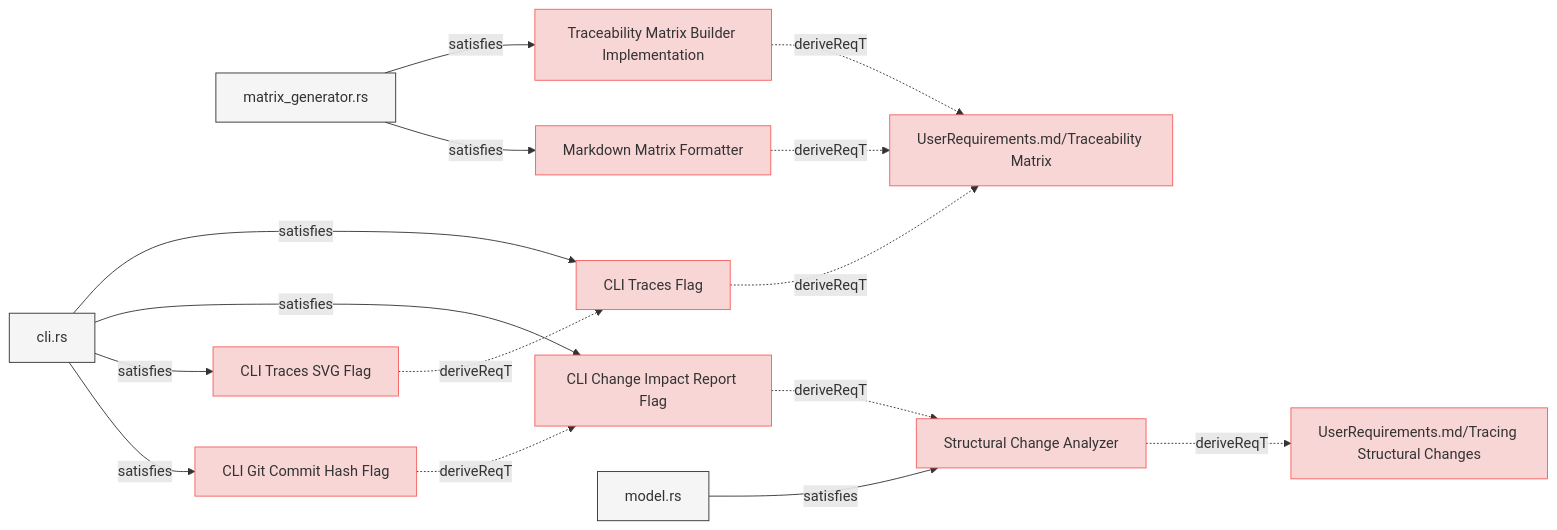
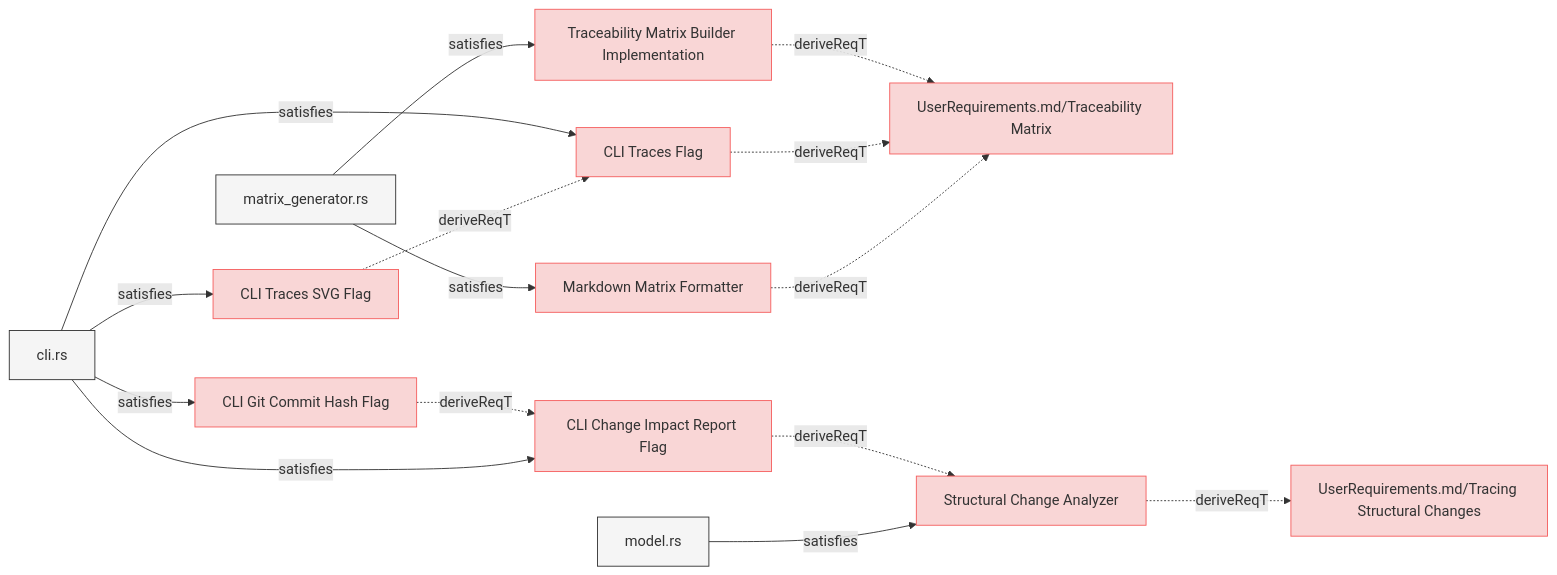
One commit to reqvire-org/reqvire changed the sixth of 8 diagrams in specifications/SystemRequirements/Requirements.md. Above: the diagram before and after it, drawn with Mermaid. The commit also changed other lines of this file and 17 other files, not shown here.

Commit message:
Auto-generate diagrams after PR merge to main

````diff
--- a/specifications/SystemRequirements/Requirements.md
+++ b/specifications/SystemRequirements/Requirements.md
@@ -728,59 +728,59 @@
 ```mermaid
 graph LR;
   %% Graph styling
   classDef requirement fill:#f9d6d6,stroke:#f55f5f,stroke-width:1px;
   classDef verification fill:#d6f9d6,stroke:#5fd75f,stroke-width:1px;
   classDef externalLink fill:#d0e0ff,stroke:#3080ff,stroke-width:1px;
   classDef default fill:#f5f5f5,stroke:#333333,stroke-width:1px;
 
-  5eca866a0338e0fe["Traceability Matrix Builder Implementation"];
-  click 5eca866a0338e0fe "https://github.com/ilijaljubicic/ReqFlow/blob/29a17f176519a28e973567d4102beb95f41075ed/specifications/SystemRequirements/Requirements.md#traceability-matrix-builder-implementation";
-  class 5eca866a0338e0fe requirement;
-  ba40352f8e72c125["UserRequirements.md/Traceability Matrix"];
-  class ba40352f8e72c125 requirement;
-  click ba40352f8e72c125 "https://github.com/ilijaljubicic/ReqFlow/blob/29a17f176519a28e973567d4102beb95f41075ed/specifications/UserRequirements.md#traceability-matrix";
-  5eca866a0338e0fe -.->|deriveReqT| ba40352f8e72c125;
-  48ddeb303b98f1b4["matrix_generator.rs"];
-  class 48ddeb303b98f1b4 default;
-  click 48ddeb303b98f1b4 "https://github.com/ilijaljubicic/ReqFlow/blob/29a17f176519a28e973567d4102beb95f41075ed/core/src/matrix_generator.rs";
-  48ddeb303b98f1b4 -->|satisfies| 5eca866a0338e0fe;
-  438a74e06c98c101["CLI Traces Flag"];
-  click 438a74e06c98c101 "https://github.com/ilijaljubicic/ReqFlow/blob/29a17f176519a28e973567d4102beb95f41075ed/specifications/SystemRequirements/Requirements.md#cli-traces-flag";
-  class 438a74e06c98c101 requirement;
-  438a74e06c98c101 -.->|deriveReqT| ba40352f8e72c125;
-  11ffc4632afd7c4c["cli.rs"];
-  class 11ffc4632afd7c4c default;
-  click 11ffc4632afd7c4c "https://github.com/ilijaljubicic/ReqFlow/blob/29a17f176519a28e973567d4102beb95f41075ed/cli/src/cli.rs";
-  11ffc4632afd7c4c -->|satisfies| 438a74e06c98c101;
-  665b7456c9b61ded["CLI Change Impact Report Flag"];
-  click 665b7456c9b61ded "https://github.com/ilijaljubicic/ReqFlow/blob/29a17f176519a28e973567d4102beb95f41075ed/specifications/SystemRequirements/Requirements.md#cli-change-impact-report-flag";
-  class 665b7456c9b61ded requirement;
-  918cc4a26d642f30["Structural Change Analyzer"];
-  class 918cc4a26d642f30 requirement;
-  click 918cc4a26d642f30 "https://github.com/ilijaljubicic/ReqFlow/blob/29a17f176519a28e973567d4102beb95f41075ed/specifications/SystemRequirements/Requirements.md#structural-change-analyzer";
-  665b7456c9b61ded -.->|deriveReqT| 918cc4a26d642f30;
-  11ffc4632afd7c4c -->|satisfies| 665b7456c9b61ded;
-  1ffba11189b9b4c8["CLI Traces SVG Flag"];
-  click 1ffba11189b9b4c8 "https://github.com/ilijaljubicic/ReqFlow/blob/29a17f176519a28e973567d4102beb95f41075ed/specifications/SystemRequirements/Requirements.md#cli-traces-svg-flag";
-  class 1ffba11189b9b4c8 requirement;
-  1ffba11189b9b4c8 -.->|deriveReqT| 438a74e06c98c101;
-  11ffc4632afd7c4c -->|satisfies| 1ffba11189b9b4c8;
-  d7e5fbf806d650d9["Markdown Matrix Formatter"];
-  click d7e5fbf806d650d9 "https://github.com/ilijaljubicic/ReqFlow/blob/29a17f176519a28e973567d4102beb95f41075ed/specifications/SystemRequirements/Requirements.md#markdown-matrix-formatter";
-  class d7e5fbf806d650d9 requirement;
-  d7e5fbf806d650d9 -.->|deriveReqT| ba40352f8e72c125;
-  48ddeb303b98f1b4 -->|satisfies| d7e5fbf806d650d9;
-  91ebf7e73d5ac081["UserRequirements.md/Tracing Structural Changes"];
-  class 91ebf7e73d5ac081 requirement;
-  click 91ebf7e73d5ac081 "https://github.com/ilijaljubicic/ReqFlow/blob/29a17f176519a28e973567d4102beb95f41075ed/specifications/UserRequirements.md#tracing-structural-changes";
-  918cc4a26d642f30 -.->|deriveReqT| 91ebf7e73d5ac081;
-  cc976e6bcded86e7["model.rs"];
-  class cc976e6bcded86e7 default;
-  click cc976e6bcded86e7 "https://github.com/ilijaljubicic/ReqFlow/blob/29a17f176519a28e973567d4102beb95f41075ed/core/src/change_impact.rs";
-  cc976e6bcded86e7 -->|satisfies| 918cc4a26d642f30;
-  b8b40184613535c1["CLI Git Commit Hash Flag"];
-  click b8b40184613535c1 "https://github.com/ilijaljubicic/ReqFlow/blob/29a17f176519a28e973567d4102beb95f41075ed/specifications/SystemRequirements/Requirements.md#cli-git-commit-hash-flag";
-  class b8b40184613535c1 requirement;
-  b8b40184613535c1 -.->|deriveReqT| 665b7456c9b61ded;
-  11ffc4632afd7c4c -->|satisfies| b8b40184613535c1;
+  6c01a7a878176f8e["Traceability Matrix Builder Implementation"];
+  click 6c01a7a878176f8e "https://github.com/ilijaljubicic/ReqFlow/blob/73d5ae1d93adea71fdf4cc508be4d1ae09be068f/specifications/SystemRequirements/Requirements.md#traceability-matrix-builder-implementation";
+  class 6c01a7a878176f8e requirement;
+  25ad41b0b912092b["UserRequirements.md/Traceability Matrix"];
+  class 25ad41b0b912092b requirement;
+  click 25ad41b0b912092b "https://github.com/ilijaljubicic/ReqFlow/blob/73d5ae1d93adea71fdf4cc508be4d1ae09be068f/specifications/UserRequirements.md#traceability-matrix";
+  6c01a7a878176f8e -.->|deriveReqT| 25ad41b0b912092b;
+  722018940c193779["matrix_generator.rs"];
+  class 722018940c193779 default;
+  click 722018940c193779 "https://github.com/ilijaljubicic/ReqFlow/blob/73d5ae1d93adea71fdf4cc508be4d1ae09be068f/core/src/matrix_generator.rs";
+  722018940c193779 -->|satisfies| 6c01a7a878176f8e;
+  99fe584a54368e2c["CLI Traces Flag"];
+  click 99fe584a54368e2c "https://github.com/ilijaljubicic/ReqFlow/blob/73d5ae1d93adea71fdf4cc508be4d1ae09be068f/specifications/SystemRequirements/Requirements.md#cli-traces-flag";
+  class 99fe584a54368e2c requirement;
+  99fe584a54368e2c -.->|deriveReqT| 25ad41b0b912092b;
+  b2b6ff676ff5d2cc["cli.rs"];
+  class b2b6ff676ff5d2cc default;
+  click b2b6ff676ff5d2cc "https://github.com/ilijaljubicic/ReqFlow/blob/73d5ae1d93adea71fdf4cc508be4d1ae09be068f/cli/src/cli.rs";
+  b2b6ff676ff5d2cc -->|satisfies| 99fe584a54368e2c;
+  c71f1cc579bb4db["CLI Git Commit Hash Flag"];
+  click c71f1cc579bb4db "https://github.com/ilijaljubicic/ReqFlow/blob/73d5ae1d93adea71fdf4cc508be4d1ae09be068f/specifications/SystemRequirements/Requirements.md#cli-git-commit-hash-flag";
+  class c71f1cc579bb4db requirement;
+  98cbeaac067febd5["CLI Change Impact Report Flag"];
+  class 98cbeaac067febd5 requirement;
+  click 98cbeaac067febd5 "https://github.com/ilijaljubicic/ReqFlow/blob/73d5ae1d93adea71fdf4cc508be4d1ae09be068f/specifications/SystemRequirements/Requirements.md#cli-change-impact-report-flag";
+  c71f1cc579bb4db -.->|deriveReqT| 98cbeaac067febd5;
+  b2b6ff676ff5d2cc -->|satisfies| c71f1cc579bb4db;
+  6deadc5fd3fd1500["Markdown Matrix Formatter"];
+  click 6deadc5fd3fd1500 "https://github.com/ilijaljubicic/ReqFlow/blob/73d5ae1d93adea71fdf4cc508be4d1ae09be068f/specifications/SystemRequirements/Requirements.md#markdown-matrix-formatter";
+  class 6deadc5fd3fd1500 requirement;
+  6deadc5fd3fd1500 -.->|deriveReqT| 25ad41b0b912092b;
+  722018940c193779 -->|satisfies| 6deadc5fd3fd1500;
+  8ada7921a5aa8d47["Structural Change Analyzer"];
+  class 8ada7921a5aa8d47 requirement;
+  click 8ada7921a5aa8d47 "https://github.com/ilijaljubicic/ReqFlow/blob/73d5ae1d93adea71fdf4cc508be4d1ae09be068f/specifications/SystemRequirements/Requirements.md#structural-change-analyzer";
+  98cbeaac067febd5 -.->|deriveReqT| 8ada7921a5aa8d47;
+  b2b6ff676ff5d2cc -->|satisfies| 98cbeaac067febd5;
+  e42698fdbbf344aa["UserRequirements.md/Tracing Structural Changes"];
+  class e42698fdbbf344aa requirement;
+  click e42698fdbbf344aa "https://github.com/ilijaljubicic/ReqFlow/blob/73d5ae1d93adea71fdf4cc508be4d1ae09be068f/specifications/UserRequirements.md#tracing-structural-changes";
+  8ada7921a5aa8d47 -.->|deriveReqT| e42698fdbbf344aa;
+  a2b02da80c17b86f["model.rs"];
+  class a2b02da80c17b86f default;
+  click a2b02da80c17b86f "https://github.com/ilijaljubicic/ReqFlow/blob/73d5ae1d93adea71fdf4cc508be4d1ae09be068f/core/src/change_impact.rs";
+  a2b02da80c17b86f -->|satisfies| 8ada7921a5aa8d47;
+  3900a99fdbd871ae["CLI Traces SVG Flag"];
+  click 3900a99fdbd871ae "https://github.com/ilijaljubicic/ReqFlow/blob/73d5ae1d93adea71fdf4cc508be4d1ae09be068f/specifications/SystemRequirements/Requirements.md#cli-traces-svg-flag";
+  class 3900a99fdbd871ae requirement;
+  3900a99fdbd871ae -.->|deriveReqT| 99fe584a54368e2c;
+  b2b6ff676ff5d2cc -->|satisfies| 3900a99fdbd871ae;
 ```
````
